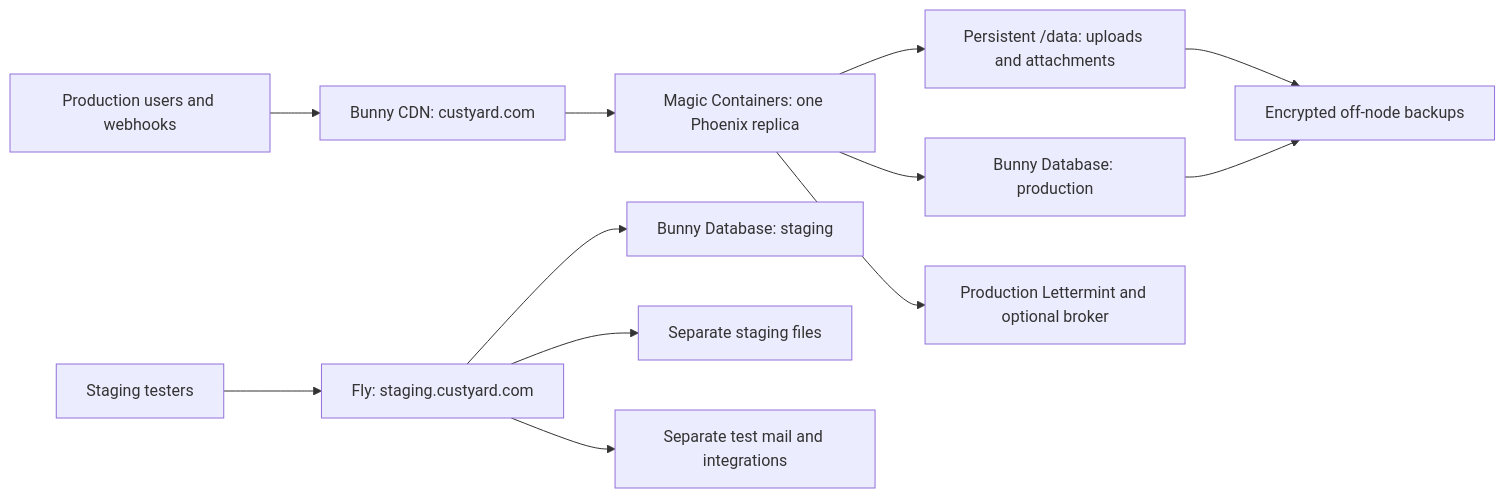
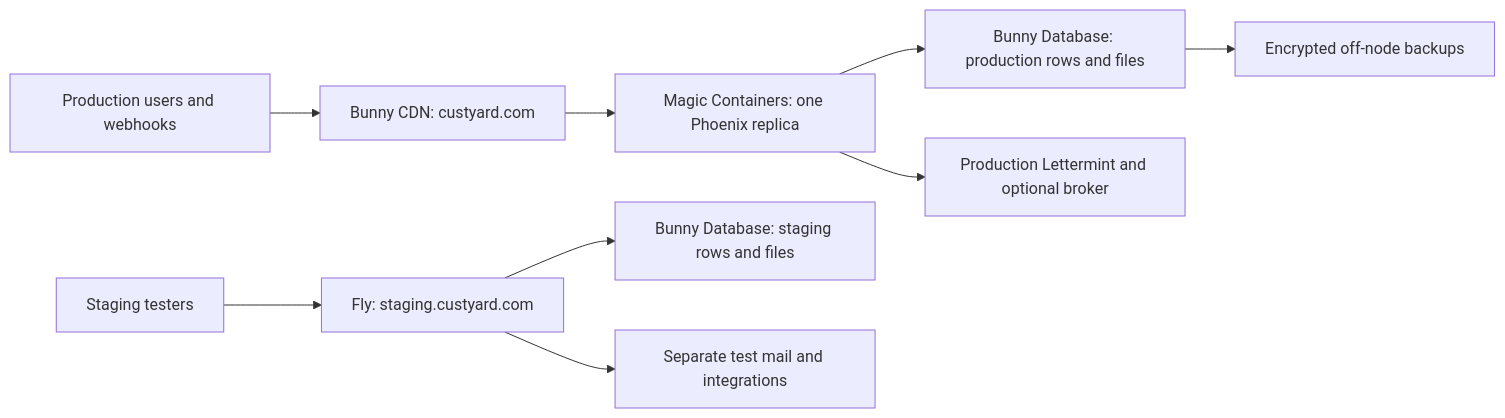
Before and after one commit to custyard/custyard: the diagram in docs/ops/bunny-production-fly-staging.md, drawn with Mermaid. The commit also changed other lines of this file and 12 other files, not shown here.

````diff
--- a/docs/ops/bunny-production-fly-staging.md
+++ b/docs/ops/bunny-production-fly-staging.md
@@ -75,14 +85,11 @@
 ```mermaid
 flowchart LR
   Users[Production users and webhooks] --> CDN[Bunny CDN: custyard.com]
   CDN --> App[Magic Containers: one Phoenix replica]
-  App --> Data[Persistent /data: uploads and attachments]
-  App --> DB[Bunny Database: production]
+  App --> DB[Bunny Database: production rows and files]
   App --> Mail[Production Lettermint and optional broker]
-  Data --> Backup[Encrypted off-node backups]
-  DB --> Backup
+  DB --> Backup[Encrypted off-node backups]
   Testers[Staging testers] --> Fly[Fly: staging.custyard.com]
-  Fly --> TestDB[Bunny Database: staging]
-  Fly --> TestData[Separate staging files]
+  Fly --> TestDB[Bunny Database: staging rows and files]
   Fly --> TestMail[Separate test mail and integrations]
 ```
````
